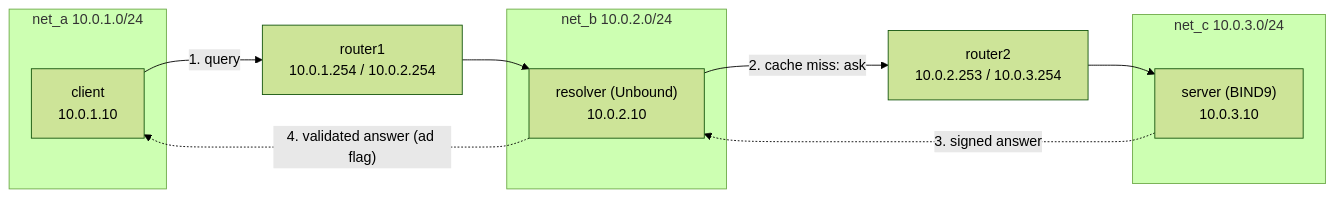
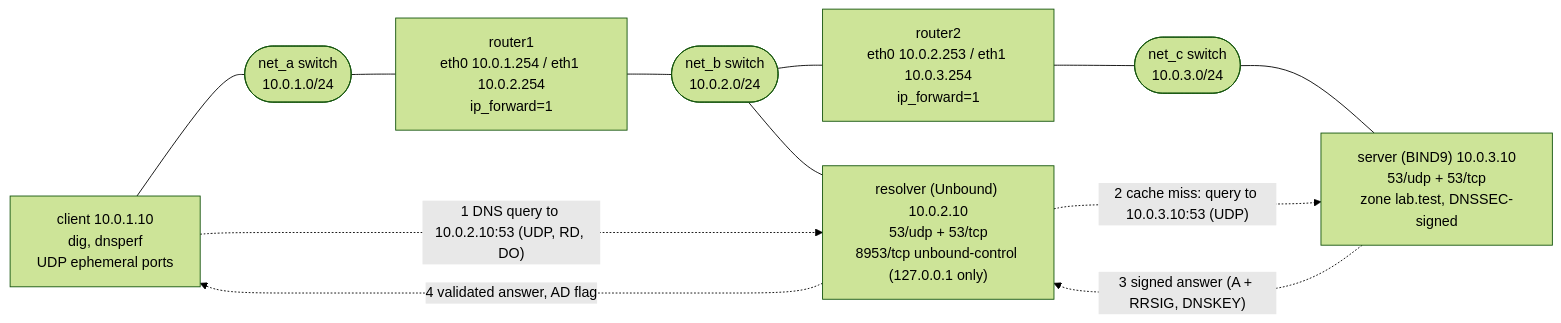
The diagram in README.md (silajav/Local-DNS-Infrastructure-Authoritative-Caching-Resolver-with-DNSSEC-and-Failure-Analysis), drawn with Mermaid (forest theme) before and after one commit. The commit also changed other lines of this file and 1 other file, not shown here.

Commit message:
docs(architecture): add ports, switches, flow table, and diagram PNG

````diff
--- a/README.md
+++ b/README.md
@@ -9,20 +9,18 @@
 ```mermaid
 flowchart LR
-  subgraph net_a["net_a 10.0.1.0/24"]
-    C["client<br/>10.0.1.10"]
-  end
-  subgraph net_b["net_b 10.0.2.0/24"]
-    U["resolver (Unbound)<br/>10.0.2.10"]
-  end
-  subgraph net_c["net_c 10.0.3.0/24"]
-    S["server (BIND9)<br/>10.0.3.10"]
-  end
-  R1["router1<br/>10.0.1.254 / 10.0.2.254"]
-  R2["router2<br/>10.0.2.253 / 10.0.3.254"]
-  C -->|"1. query"| R1
-  R1 --> U
-  U -->|"2. cache miss: ask"| R2
-  R2 --> S
-  S -.->|"3. signed answer"| U
-  U -.->|"4. validated answer (ad flag)"| C
+  C["client 10.0.1.10<br/>dig, dnsperf<br/>UDP ephemeral ports"]
+  SWA(["net_a switch<br/>10.0.1.0/24"])
+  R1["router1<br/>eth0 10.0.1.254 / eth1 10.0.2.254<br/>ip_forward=1"]
+  SWB(["net_b switch<br/>10.0.2.0/24"])
+  U["resolver (Unbound) 10.0.2.10<br/>53/udp + 53/tcp<br/>8953/tcp unbound-control (127.0.0.1 only)"]
+  R2["router2<br/>eth0 10.0.2.253 / eth1 10.0.3.254<br/>ip_forward=1"]
+  SWC(["net_c switch<br/>10.0.3.0/24"])
+  S["server (BIND9) 10.0.3.10<br/>53/udp + 53/tcp<br/>zone lab.test, DNSSEC-signed"]
+  C --- SWA --- R1 --- SWB
+  SWB --- U
+  SWB --- R2 --- SWC --- S
+  C -. "1 DNS query to 10.0.2.10:53 (UDP, RD, DO)" .-> U
+  U -. "2 cache miss: query to 10.0.3.10:53 (UDP)" .-> S
+  S -. "3 signed answer (A + RRSIG, DNSKEY)" .-> U
+  U -. "4 validated answer, AD flag" .-> C
 ```
````
